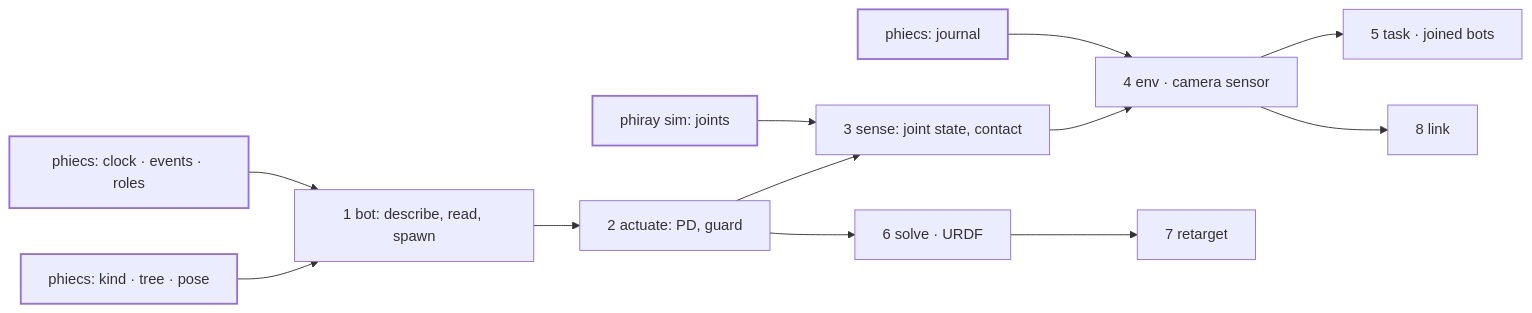
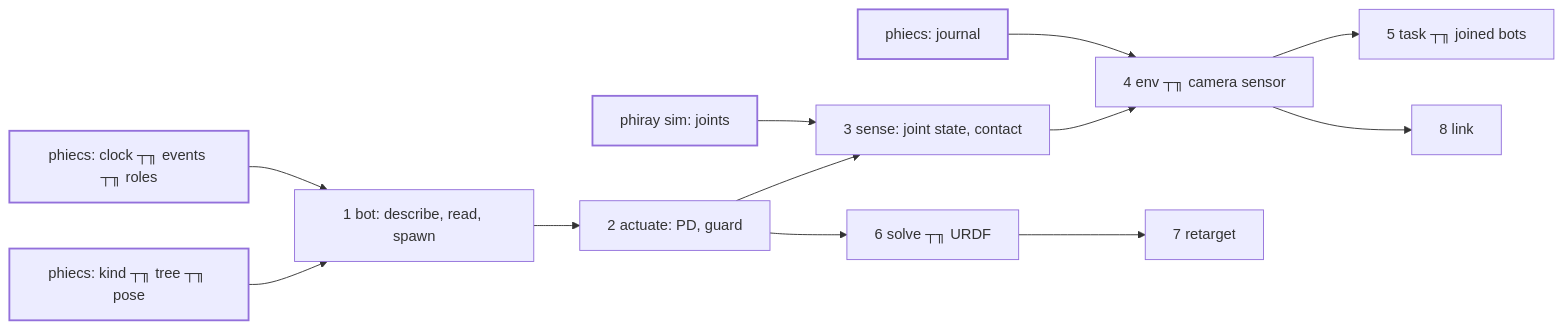
One commit to gemphi/phikit changed the first of 2 diagrams in crates/phiace/PLAN.md. Above: the diagram before and after it, drawn with Mermaid. The commit also changed other lines of this file and 2 other files, not shown here.

Commit message:
phiace: fairo under reference/ with the other Meta references; ext/ is gone

````diff
--- a/crates/phiace/PLAN.md
+++ b/crates/phiace/PLAN.md
@@ -58,24 +58,24 @@
 ```mermaid
 graph LR
-    u1["phiecs: clock · events · roles"]
-    u2["phiecs: kind · tree · pose"]
+    u1["phiecs: clock ┬╖ events ┬╖ roles"]
+    u2["phiecs: kind ┬╖ tree ┬╖ pose"]
     u3["phiecs: journal"]
     u4["phiray sim: joints"]
     w1["1 bot: describe, read, spawn"]
     w2["2 actuate: PD, guard"]
     w3["3 sense: joint state, contact"]
-    w4["4 env · camera sensor"]
-    w5["5 task · joined bots"]
-    w6["6 solve · URDF"]
+    w4["4 env ┬╖ camera sensor"]
+    w5["5 task ┬╖ joined bots"]
+    w6["6 solve ┬╖ URDF"]
     w7["7 retarget"]
     w8["8 link"]
     u1 --> w1
     u2 --> w1
     w1 --> w2 --> w3 --> w4 --> w5
     u4 --> w3
     u3 --> w4
     w2 --> w6 --> w7
     w4 --> w8
     classDef under stroke-width: 2px;
     class u1,u2,u3,u4 under;
 ```
````
